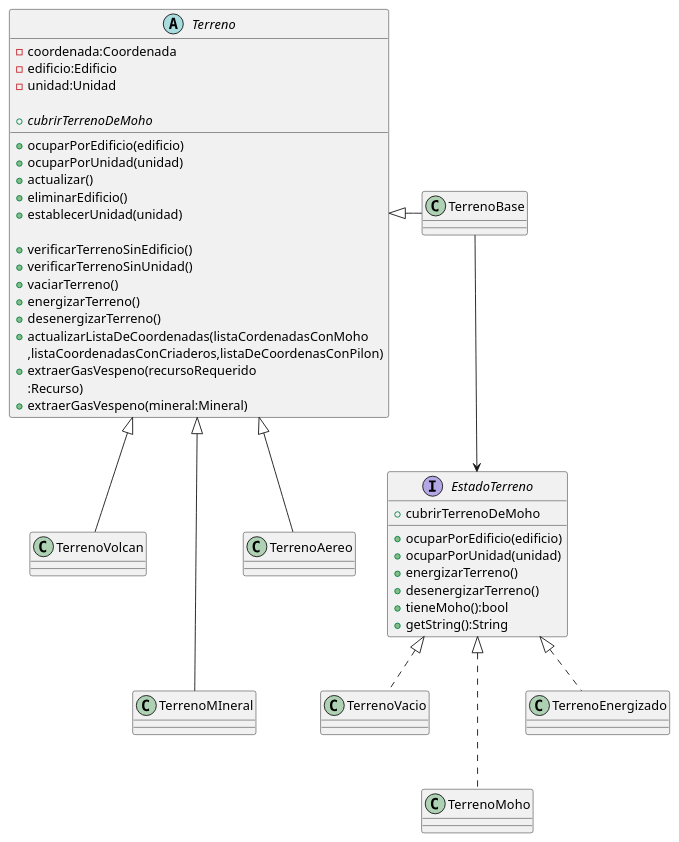
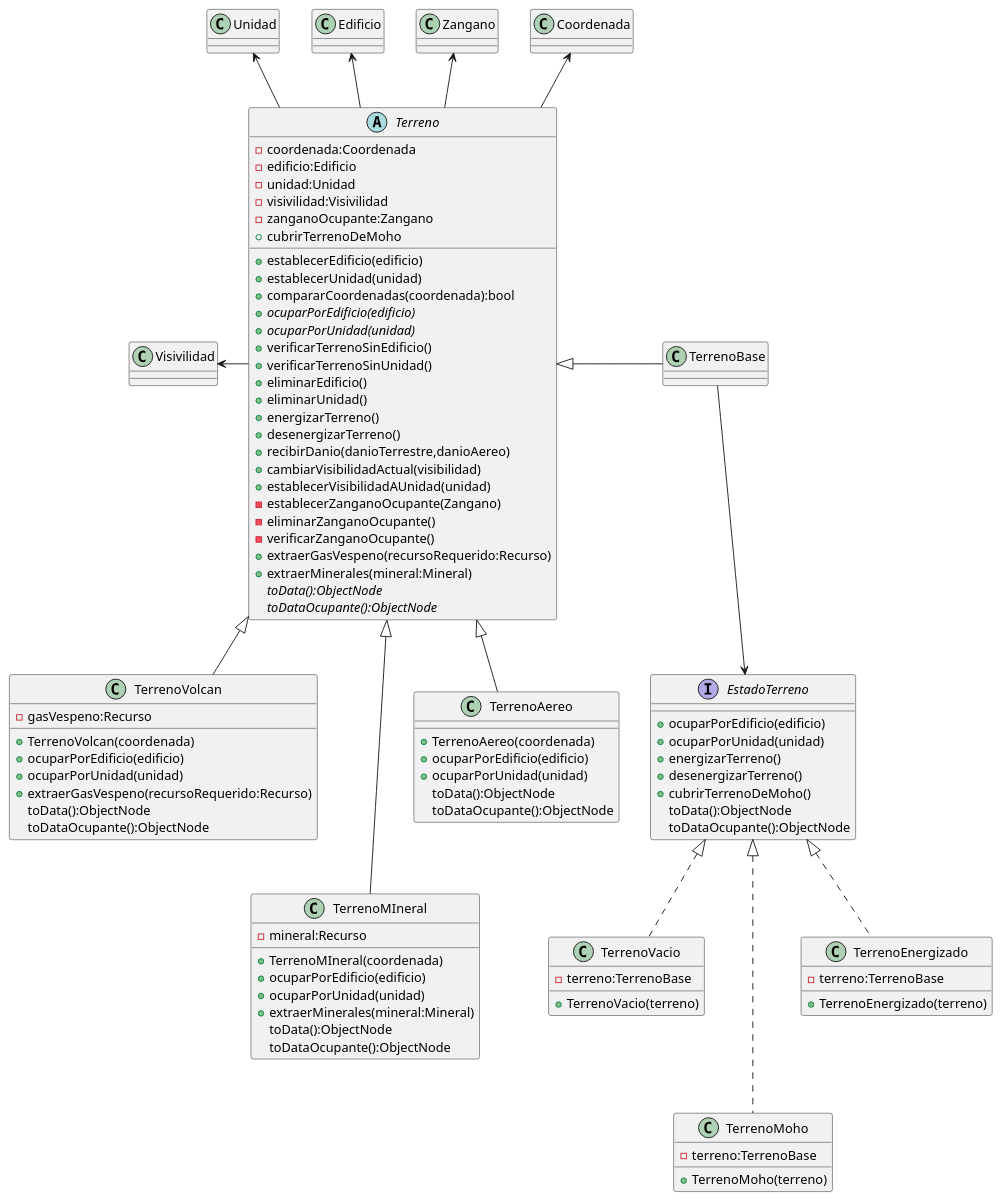
The diagram in diagrams/Modelo/class/clase_terreno.plantuml (LucasMBarrientos/algo3_tp2), drawn with PlantUML before and after one commit.

```diff
--- a/diagrams/Modelo/class/clase_terreno.plantuml
+++ b/diagrams/Modelo/class/clase_terreno.plantuml
@@ -1,48 +1,96 @@
 @startuml
 interface EstadoTerreno{
 +ocuparPorEdificio(edificio)
 +ocuparPorUnidad(unidad)
 +energizarTerreno()
 +desenergizarTerreno()
-+tieneMoho():bool
-+cubrirTerrenoDeMoho
-+getString():String
++cubrirTerrenoDeMoho()
+toData():ObjectNode
+toDataOcupante():ObjectNode
 }
 abstract Terreno{
 -coordenada:Coordenada
 -edificio:Edificio
 -unidad:Unidad
+-visivilidad:Visivilidad
+-zanganoOcupante:Zangano
++establecerEdificio(edificio)
++establecerUnidad(unidad)
++compararCoordenadas(coordenada):bool
+{abstract}+ocuparPorEdificio(edificio)
+{abstract}+ocuparPorUnidad(unidad)
++verificarTerrenoSinEdificio()
++verificarTerrenoSinUnidad()
++eliminarEdificio()
++eliminarUnidad()
++energizarTerreno()
++desenergizarTerreno()
++cubrirTerrenoDeMoho
++recibirDanio(danioTerrestre,danioAereo)
++cambiarVisibilidadActual(visibilidad)
++establecerVisibilidadAUnidad(unidad)
+-establecerZanganoOcupante(Zangano)
+-eliminarZanganoOcupante()
+-verificarZanganoOcupante()
++extraerGasVespeno(recursoRequerido:Recurso)
++extraerMinerales(mineral:Mineral)
+{abstract}toData():ObjectNode
+{abstract}toDataOcupante():ObjectNode
+}
+class TerrenoVacio{
+-terreno:TerrenoBase
++TerrenoVacio(terreno)
+}
+
+class TerrenoMoho{
+-terreno:TerrenoBase
++TerrenoMoho(terreno)
+}
+class TerrenoVolcan{
+-gasVespeno:Recurso
++TerrenoVolcan(coordenada)
 +ocuparPorEdificio(edificio)
 +ocuparPorUnidad(unidad)
-+actualizar()
-+eliminarEdificio()
-+establecerUnidad(unidad)
++extraerGasVespeno(recursoRequerido:Recurso)
+toData():ObjectNode
+toDataOcupante():ObjectNode
+}
 
-+verificarTerrenoSinEdificio()
-+verificarTerrenoSinUnidad()
-+vaciarTerreno()
-+energizarTerreno()
-+desenergizarTerreno()
-{abstract}+cubrirTerrenoDeMoho
-+actualizarListaDeCoordenadas(listaCordenadasConMoho
-,listaCoordenadasConCriaderos,listaDeCoordenasConPilon)
-+extraerGasVespeno(recursoRequerido
-:Recurso)
-+extraerGasVespeno(mineral:Mineral)
 
+
+class TerrenoEnergizado{
+-terreno:TerrenoBase
++TerrenoEnergizado(terreno)
 }
-class TerrenoVacio
-class TerrenoMoho
-class TerrenoVolcan
-class TerrenoEnergizado
-class TerrenoMIneral
+
+class TerrenoMIneral{
+-mineral:Recurso
++TerrenoMIneral(coordenada)
++ocuparPorEdificio(edificio)
++ocuparPorUnidad(unidad)
++extraerMinerales(mineral:Mineral)
+toData():ObjectNode
+toDataOcupante():ObjectNode
+}
+class TerrenoAereo{
++TerrenoAereo(coordenada)
++ocuparPorEdificio(edificio)
++ocuparPorUnidad(unidad)
+toData():ObjectNode
+toDataOcupante():ObjectNode
+}
+Terreno -up-> Coordenada
+Terreno -left-> Visivilidad
+Terreno -up-> Zangano
+Terreno -up-> Edificio
+Terreno -up-> Unidad
 
 Terreno <|- TerrenoBase
 Terreno <|--- TerrenoMIneral
 Terreno <|-- TerrenoVolcan
 Terreno <|-- TerrenoAereo
 TerrenoBase --> EstadoTerreno
 EstadoTerreno <|.. TerrenoEnergizado
 EstadoTerreno <|... TerrenoMoho
 EstadoTerreno <|.. TerrenoVacio
 @enduml
```
